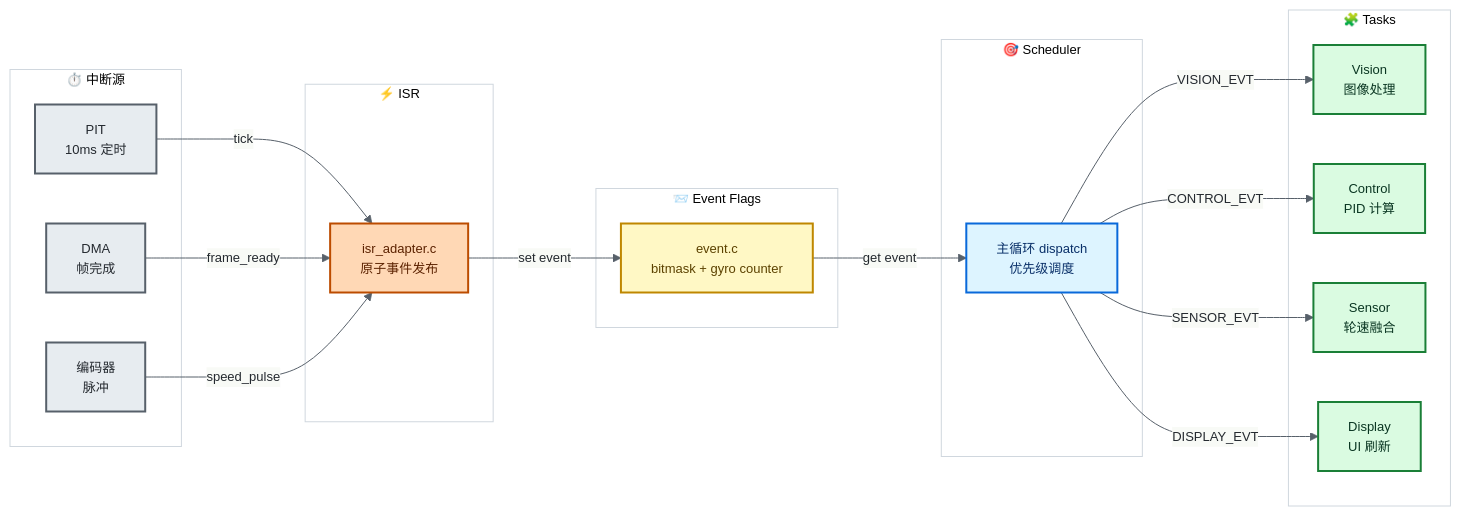
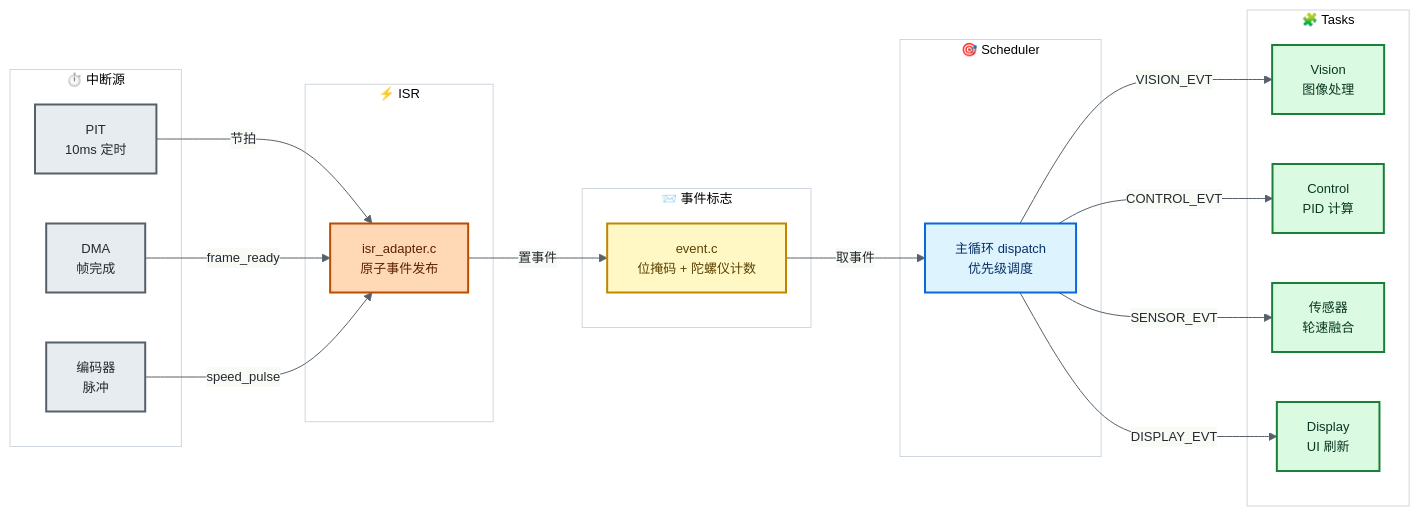
The third of 3 diagrams in README.md (ParacosmYy/GS_Smart_car), drawn with Mermaid before and after one commit. The commit also changed other lines of this file and 11 other files, not shown here.

````diff
--- a/README.md
+++ b/README.md
@@ -142,44 +142,44 @@
 ```mermaid
 %%{init: {'theme':'base','themeVariables':{'primaryColor':'#f6f8fa','primaryTextColor':'#24292f','primaryBorderColor':'#d0d7de','lineColor':'#57606a','fontSize':'13px','fontFamily':'ui-sans-serif,system-ui,-apple-system,Segoe UI,Helvetica,Arial,sans-serif','clusterBkg':'#ffffff','clusterBorder':'#d0d7de'}}}%%
 flowchart LR
     classDef hw      fill:#e7ecf0,stroke:#57606a,stroke-width:2px,color:#24292f
     classDef isr     fill:#ffd8b5,stroke:#bc4c00,stroke-width:2px,color:#5c2200
     classDef queue   fill:#fff8c5,stroke:#bf8700,stroke-width:2px,color:#5c4200
     classDef sched   fill:#ddf4ff,stroke:#0969da,stroke-width:2px,color:#0a3069
     classDef task    fill:#dafbe1,stroke:#1a7f37,stroke-width:2px,color:#0a3622
 
     subgraph SRC[" ⏱️ 中断源 "]
         PIT["PIT<br/>10ms 定时"]:::hw
         DMA["DMA<br/>帧完成"]:::hw
         ENC["编码器<br/>脉冲"]:::hw
     end
 
     subgraph ISRG[" ⚡ ISR "]
         HANDLER["isr_adapter.c<br/>原子事件发布"]:::isr
     end
 
-    subgraph BUS[" 📨 Event Flags "]
-        Q["event.c<br/>bitmask + gyro counter"]:::queue
+    subgraph BUS[" 📨 事件标志 "]
+        Q["event.c<br/>位掩码 + 陀螺仪计数"]:::queue
     end
 
     subgraph SCHED[" 🎯 Scheduler "]
         SCH["主循环 dispatch<br/>优先级调度"]:::sched
     end
 
     subgraph TASKS[" 🧩 Tasks "]
         T_VIS["Vision<br/>图像处理"]:::task
         T_CTL["Control<br/>PID 计算"]:::task
-        T_SEN["Sensor<br/>轮速融合"]:::task
+        T_SEN["传感器<br/>轮速融合"]:::task
         T_DSP["Display<br/>UI 刷新"]:::task
     end
 
-    PIT -->|tick| HANDLER
+    PIT -->|节拍| HANDLER
     DMA -->|frame_ready| HANDLER
     ENC -->|speed_pulse| HANDLER
-    HANDLER -->|set event| Q
-    Q     -->|get event| SCH
+    HANDLER -->|置事件| Q
+    Q     -->|取事件| SCH
     SCH   -->|VISION_EVT| T_VIS
     SCH   -->|CONTROL_EVT| T_CTL
     SCH   -->|SENSOR_EVT| T_SEN
     SCH   -->|DISPLAY_EVT| T_DSP
 ```
````
